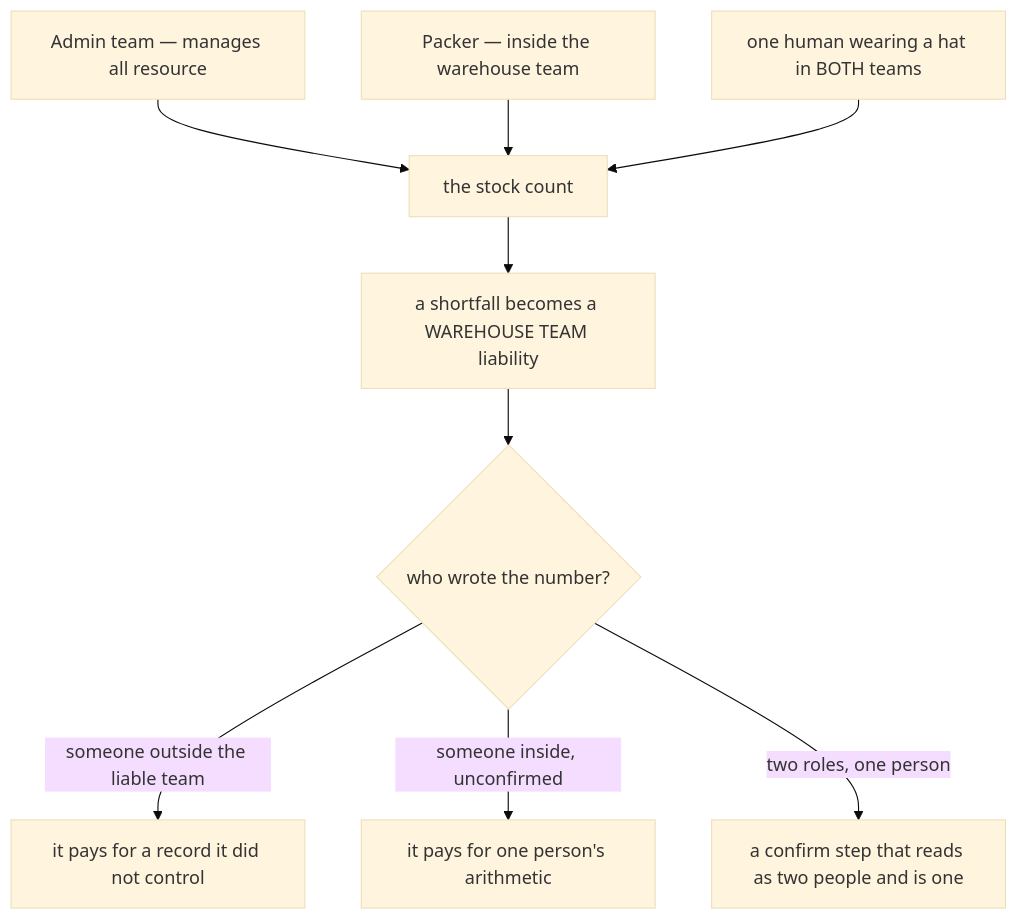
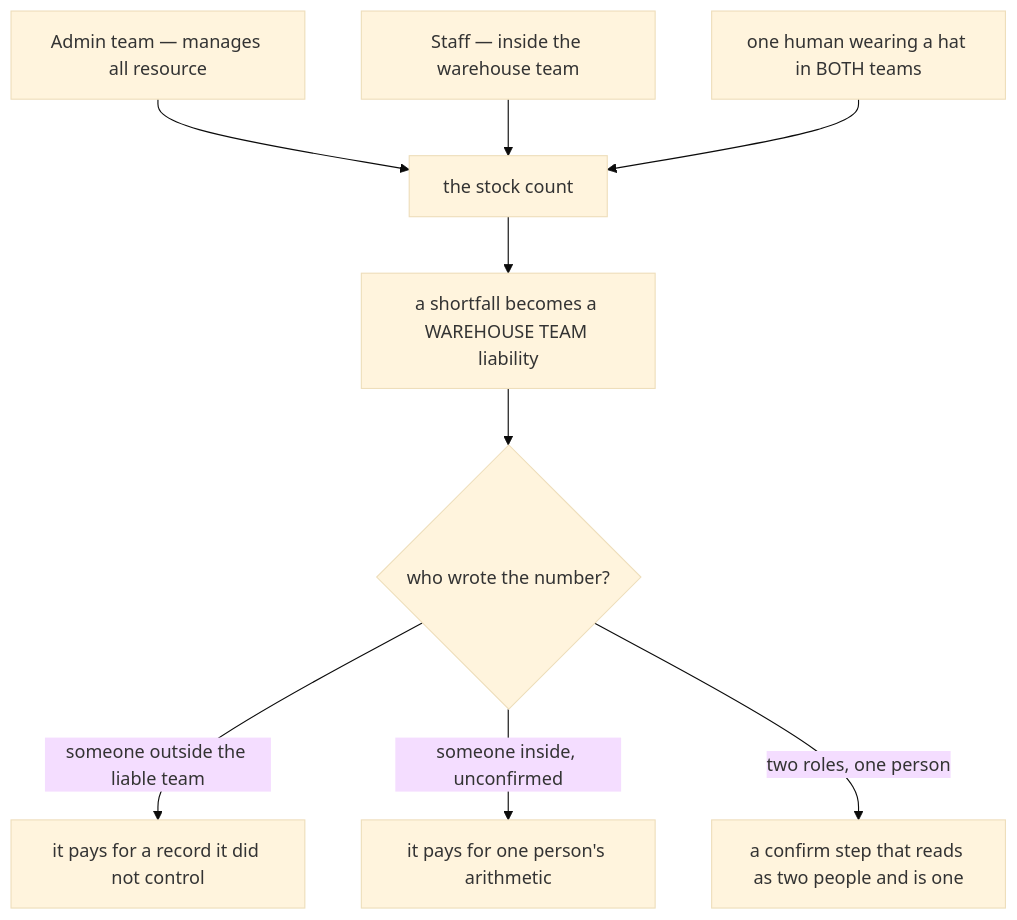
Before and after one commit to pdcgo/warehouse_revamp: the third of 5 diagrams in docs/business/business_level_clarify.md, drawn with Mermaid (base theme). The commit also changed other lines of this file and 9 other files, not shown here.

````diff
--- a/docs/business/business_level_clarify.md
+++ b/docs/business/business_level_clarify.md
@@ -234,11 +234,11 @@
 ```mermaid
 flowchart TB
   A["Admin team — manages all resource"] --> N["the stock count"]
-  P["Packer — inside the warehouse team"] --> N
+  P["Staff — inside the warehouse team"] --> N
   H["one human wearing a hat in BOTH teams"] --> N
   N --> L["a shortfall becomes a WAREHOUSE TEAM liability"]
   L --> Q{"who wrote the number?"}
   Q -->|"someone outside the liable team"| B["it pays for a record it did not control"]
   Q -->|"someone inside, unconfirmed"| C["it pays for one person's arithmetic"]
   Q -->|"two roles, one person"| D["a confirm step that reads as two people and is one"]
 ```
````
